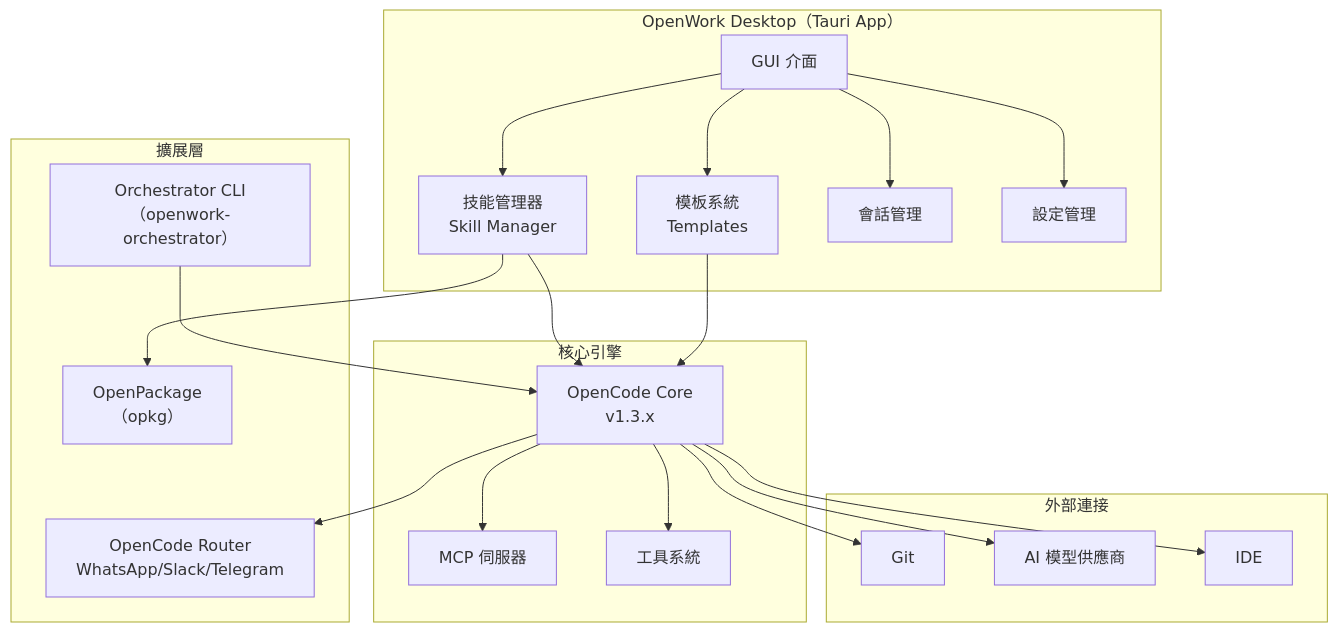
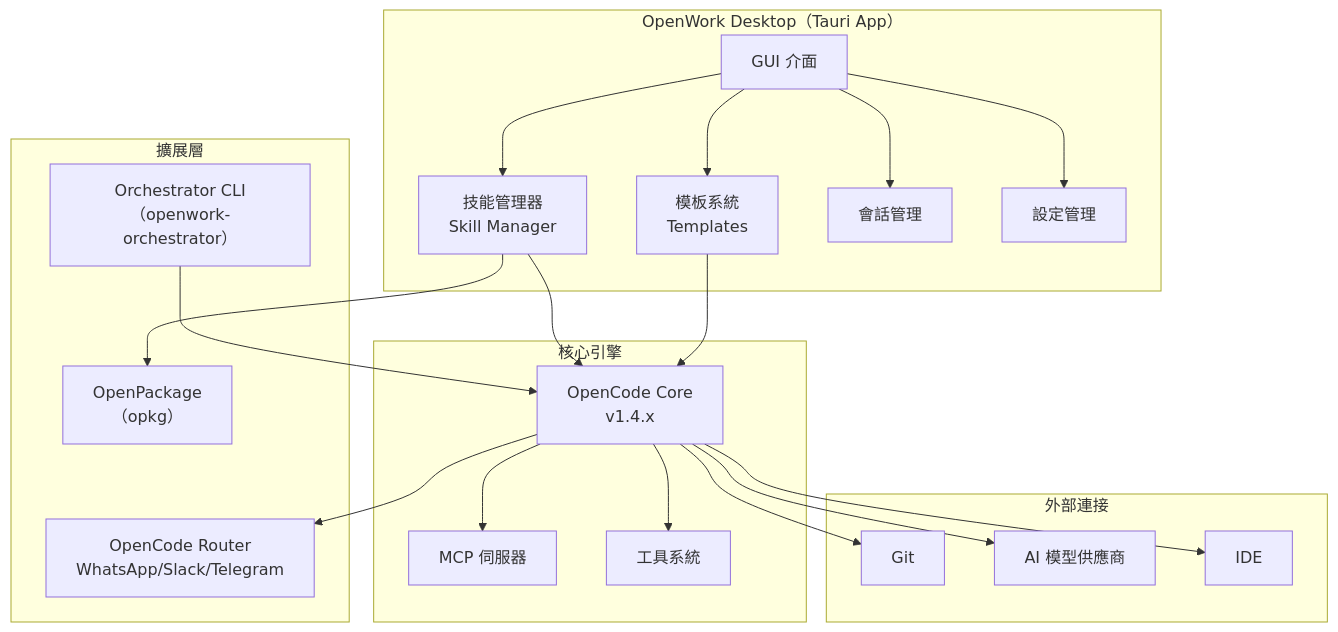
Diagram 34 of 50 in content/posts/教學/AI開發/opencode生態系教學手冊.md (chihhung/Blog), drawn with Mermaid before and after one commit. The commit also changed other lines of this file and 3 other files, not shown here.

````diff
--- a/content/posts/教學/AI開發/opencode生態系教學手冊.md
+++ b/content/posts/教學/AI開發/opencode生態系教學手冊.md
@@ -5939,43 +5943,43 @@
 ```mermaid
 graph TB
     subgraph "OpenWork Desktop（Tauri App）"
         UI["GUI 介面"]
         SM["技能管理器<br/>Skill Manager"]
         TP["模板系統<br/>Templates"]
         Session["會話管理"]
         Settings["設定管理"]
     end
 
     subgraph "核心引擎"
-        OC["OpenCode Core<br/>v1.3.x"]
+        OC["OpenCode Core<br/>v1.4.x"]
         MCP["MCP 伺服器"]
         Tools["工具系統"]
     end
 
     subgraph "擴展層"
         OPKG["OpenPackage<br/>（opkg）"]
         Router["OpenCode Router<br/>WhatsApp/Slack/Telegram"]
         Orch["Orchestrator CLI<br/>（openwork-orchestrator）"]
     end
 
     subgraph "外部連接"
         Git["Git"]
         LLM["AI 模型供應商"]
         IDE["IDE"]
     end
 
     UI --> SM
     UI --> TP
     UI --> Session
     UI --> Settings
     SM --> OC
     TP --> OC
     OC --> MCP
     OC --> Tools
     SM --> OPKG
     OC --> Router
     Orch --> OC
     OC --> Git
     OC --> LLM
     OC --> IDE
 ```
````
